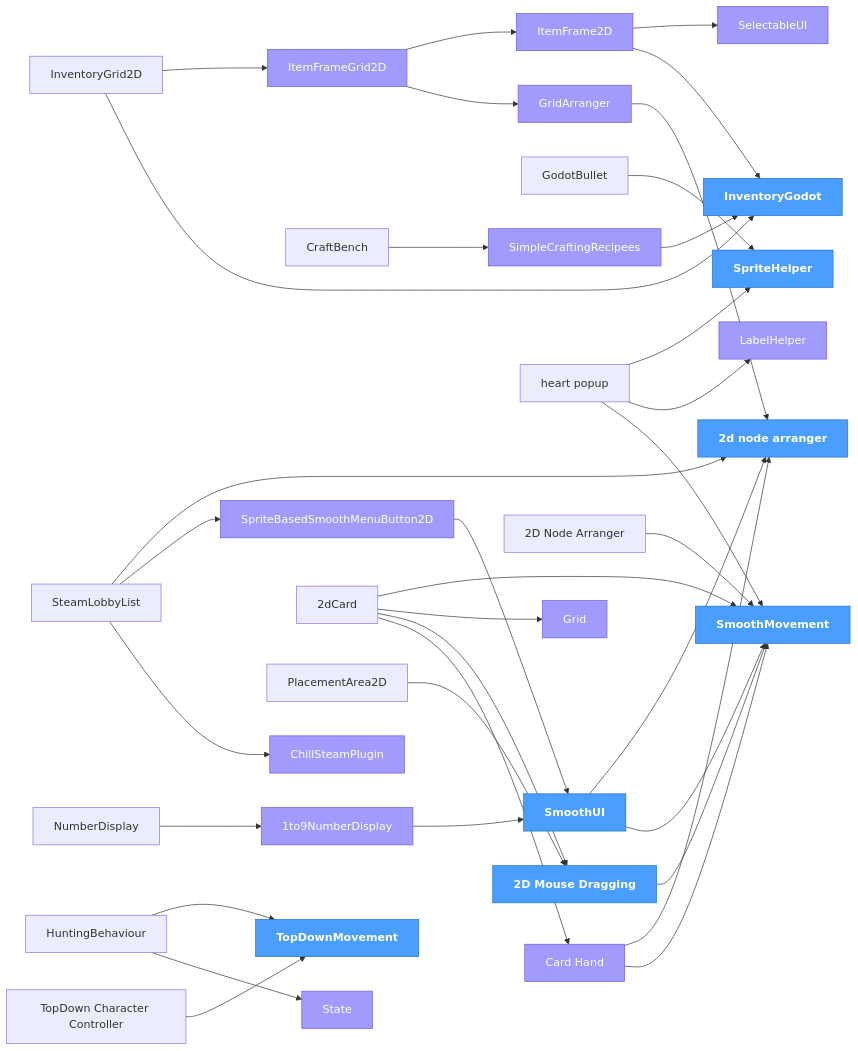
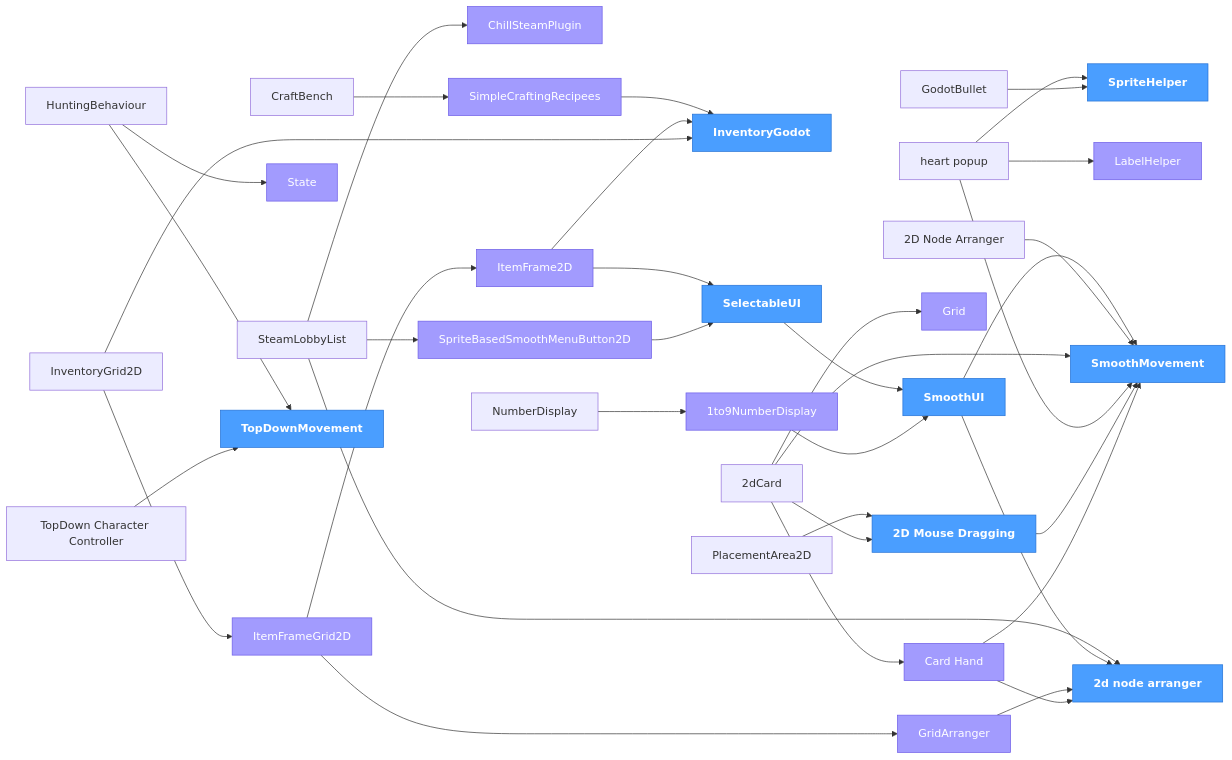
The diagram in ADDONS.md (ChillCube/.github), drawn with Mermaid before and after one commit. The commit also changed other lines of this file, not shown here.

Commit message:
registry: update dependency tree

```diff
--- a/ADDONS.md
+++ b/ADDONS.md
@@ -158,7 +159,7 @@
     CraftBench --> SimpleCraftingRecipees
     Godot_2D_Mouse_Dragging --> Godot_SmoothMovement
     GodotBullet --> SpriteHelper
-    Godot_SpriteBasedSmoothMenuButton2D --> SmoothUI
+    Godot_SpriteBasedSmoothMenuButton2D --> SelectableUI
     Godot_TopDown_Character_Controller --> TopDownMovement
     GridArranger --> n_2d_node_arranger
     heart_popup --> Godot_SmoothMovement
@@ -180,6 +181,7 @@
     n_2D_Node_Arranger --> Godot_SmoothMovement
     NumberDisplay --> n_1to9NumberDisplay
     PlacementArea2D --> Godot_2D_Mouse_Dragging
+    SelectableUI --> SmoothUI
     SimpleCraftingRecipees --> InventoryGodot
     SmoothUI --> Godot_SmoothMovement
     SmoothUI --> n_2d_node_arranger
@@ -200,7 +202,7 @@
     class LabelHelper shared
     class n_1to9NumberDisplay shared
     class n_2d_node_arranger core
-    class SelectableUI shared
+    class SelectableUI core
     class SimpleCraftingRecipees shared
     class SmoothUI core
     class SpriteHelper core
```
